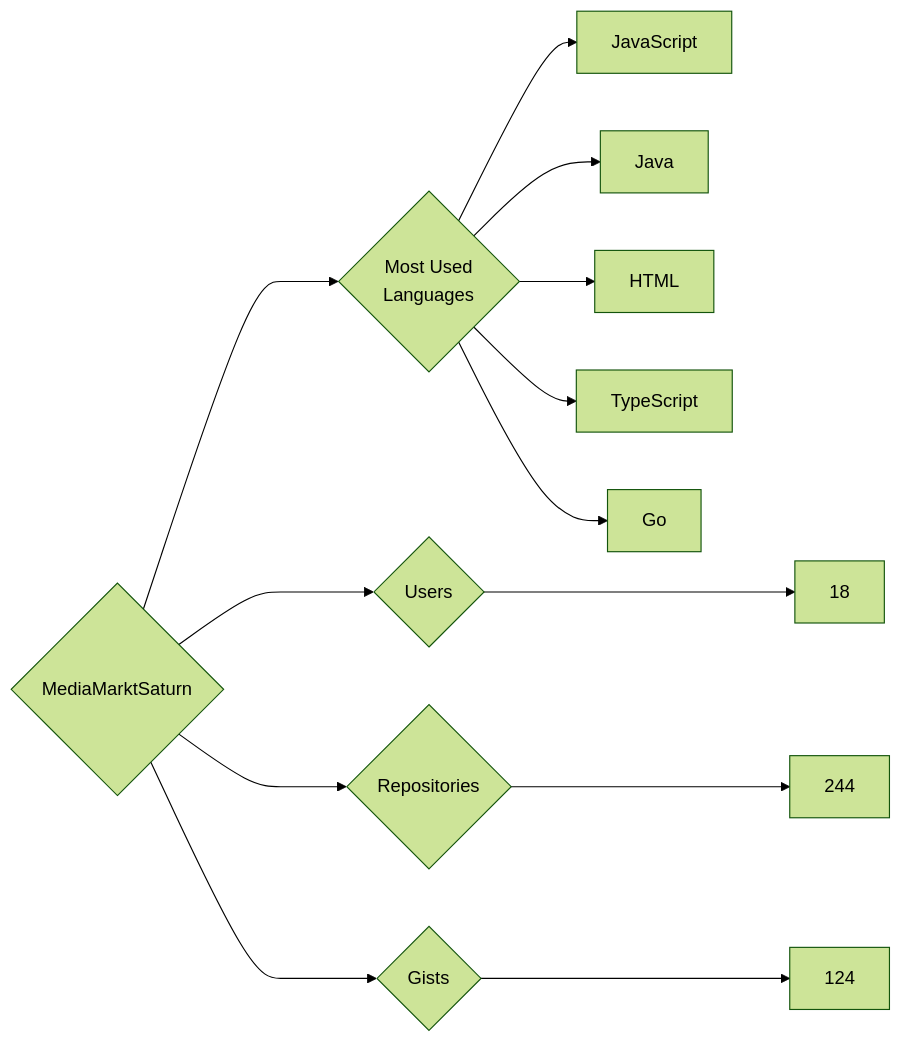
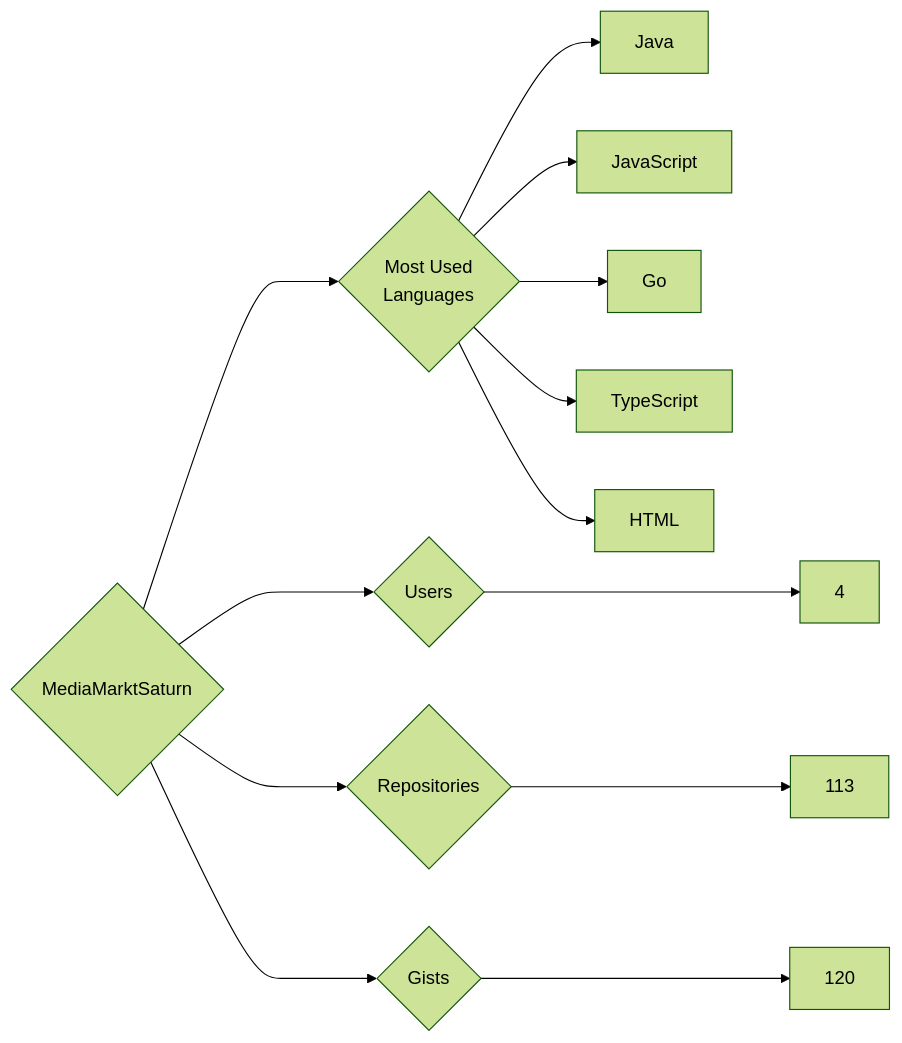
One commit to trickest/insiders changed the diagram in targets/MediaMarktSaturn/README.md. Above: the diagram before and after it, drawn with Mermaid (forest theme). The commit also changed 871 other files, not shown here.

````diff
--- a/targets/MediaMarktSaturn/README.md
+++ b/targets/MediaMarktSaturn/README.md
@@ -3,13 +3,13 @@
 ```mermaid
 graph LR
 COMPANY_NAME{MediaMarktSaturn}
-COMPANY_NAME ---> U{Users} ---> UN[18]
-COMPANY_NAME ---> R{Repositories} ---> RN[244]
-COMPANY_NAME ---> G{Gists} ---> GN[124]
+COMPANY_NAME ---> U{Users} ---> UN[4]
+COMPANY_NAME ---> R{Repositories} ---> RN[113]
+COMPANY_NAME ---> G{Gists} ---> GN[120]
 COMPANY_NAME ---> ML{Most Used<br>Languages}
+ML --> Java[Java]
 ML --> JavaScript[JavaScript]
-ML --> Java[Java]
+ML --> Go[Go]
+ML --> TypeScript[TypeScript]
 ML --> HTML[HTML]
-ML --> TypeScript[TypeScript]
-ML --> Go[Go]
 ```
````
